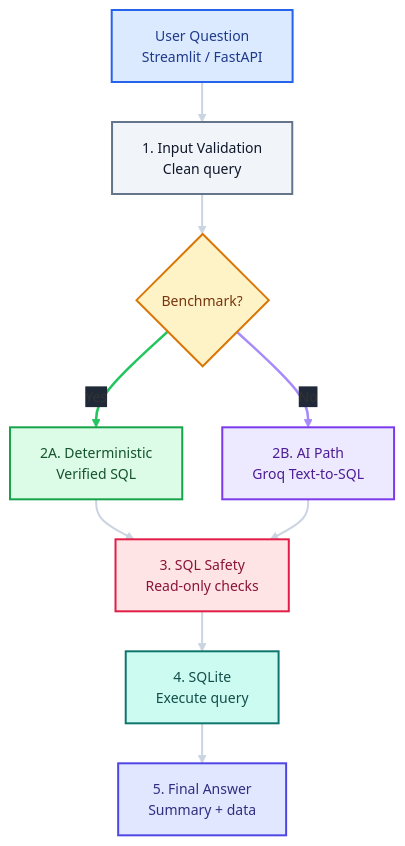
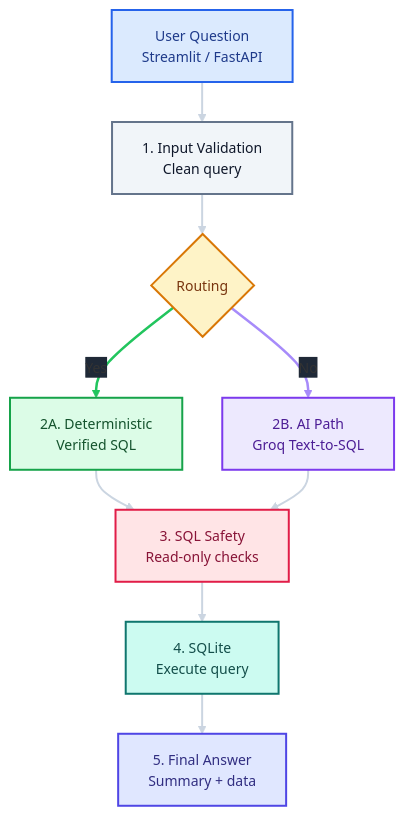
One commit to MDsaabiq/RSG-assignment changed the diagram in README.md. Above: the diagram before and after it, drawn with Mermaid.

Commit message:
added readme updates

````diff
--- a/README.md
+++ b/README.md
@@ -96,64 +96,64 @@
 ```mermaid
 
 
 %%{init: {
   "theme": "base",
   "themeVariables": {
     "fontFamily": "Arial",
     "fontSize": "14px",
     "lineColor": "#CBD5E1",
     "textColor": "#E5E7EB",
     "edgeLabelBackground": "#1F2937"
   },
   "flowchart": {
     "nodeSpacing": 40,
     "rankSpacing": 40,
     "curve": "basis"
   }
 }}%%
 
 flowchart TD
     A["User Question<br/>Streamlit / FastAPI"]
     B["1. Input Validation<br/>Clean query"]
-    C{"Benchmark?"}
+    C{"Routing"}
 
     D["2A. Deterministic<br/>Verified SQL"]
     E["2B. AI Path<br/>Groq Text-to-SQL"]
 
     F["3. SQL Safety<br/>Read-only checks"]
     G["4. SQLite<br/>Execute query"]
     H["5. Final Answer<br/>Summary + data"]
 
     A --> B
     B --> C
     C -->|Yes| D
     C -->|No| E
     D --> F
     E --> F
     F --> G
     G --> H
 
     classDef start fill:#DBEAFE,stroke:#2563EB,color:#1E3A8A,stroke-width:2px
     classDef input fill:#F1F5F9,stroke:#64748B,color:#0F172A,stroke-width:2px
     classDef decision fill:#FEF3C7,stroke:#D97706,color:#78350F,stroke-width:2px
     classDef fixed fill:#DCFCE7,stroke:#16A34A,color:#14532D,stroke-width:2px
     classDef ai fill:#EDE9FE,stroke:#7C3AED,color:#4C1D95,stroke-width:2px
     classDef security fill:#FFE4E6,stroke:#E11D48,color:#881337,stroke-width:2px
     classDef database fill:#CCFBF1,stroke:#0F766E,color:#134E4A,stroke-width:2px
     classDef output fill:#E0E7FF,stroke:#4F46E5,color:#312E81,stroke-width:2px
 
     class A start
     class B input
     class C decision
     class D fixed
     class E ai
     class F security
     class G database
     class H output
 
     linkStyle 0,1,4,5,6,7 stroke:#CBD5E1,stroke-width:2px
     linkStyle 2 stroke:#22C55E,stroke-width:2.5px
     linkStyle 3 stroke:#A78BFA,stroke-width:2.5px
 
 
 ```
````
